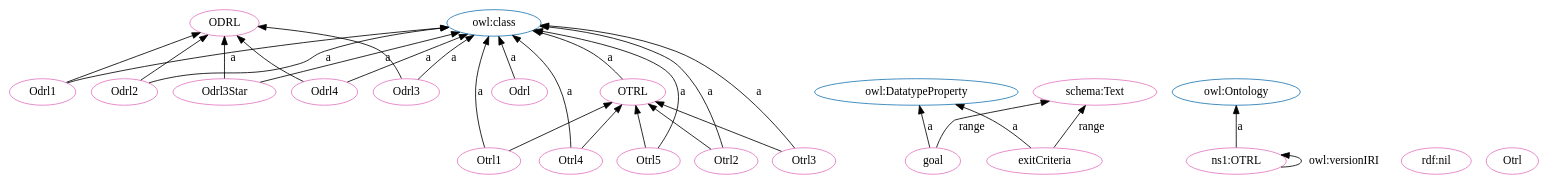
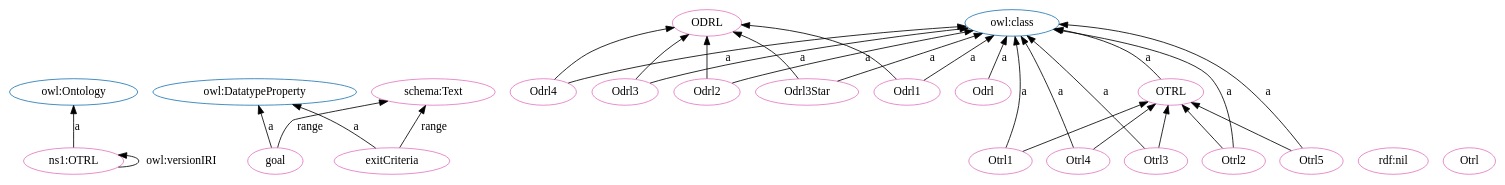
One commit to OPEN-NEXT/OKH-LOSH changed the diagram in OTRL.dot. Above: the diagram before and after it, drawn with Graphviz. The commit also changed other lines of this file and 15 other files, not shown here.

```diff
--- a/OTRL.dot
+++ b/OTRL.dot
@@ -1,56 +1,56 @@
 digraph G {
   rankdir=BT
   node[height=.3]
+"http://www.w3.org/2002/07/owl#Ontology" [fillcolor="#1f77b4" color="#1f77b4" label="owl:Ontology"]
+"http://www.w3.org/2002/07/owl#DatatypeProperty" [fillcolor="#1f77b4" color="#1f77b4" label="owl:DatatypeProperty"]
+"http://purl.org/oseg/ontologies/OTRL#OTRL" [fillcolor="#1f77b4" color="#1f77b4" label="OTRL"]
 "http://purl.org/oseg/ontologies/OTRL#ODRL" [fillcolor="#1f77b4" color="#1f77b4" label="ODRL"]
-"http://purl.org/oseg/ontologies/OTRL#OTRL" [fillcolor="#1f77b4" color="#1f77b4" label="OTRL"]
-"http://www.w3.org/2002/07/owl#DatatypeProperty" [fillcolor="#1f77b4" color="#1f77b4" label="owl:DatatypeProperty"]
-"http://www.w3.org/2002/07/owl#Ontology" [fillcolor="#1f77b4" color="#1f77b4" label="owl:Ontology"]
 "http://www.w3.org/2002/07/owl#class" [fillcolor="#1f77b4" color="#1f77b4" label="owl:class"]
+"http://purl.org/oseg/ontologies/OTRL#ODRL" [fillcolor="#e377c2" color="#e377c2" label="ODRL"]
+"http://purl.org/oseg/ontologies/OTRL#OTRL" [fillcolor="#e377c2" color="#e377c2" label="OTRL"]
+"http://purl.org/oseg/ontologies/OTRL#Odrl1" [fillcolor="#e377c2" color="#e377c2" label="Odrl1"]
+"http://purl.org/oseg/ontologies/OTRL#Odrl3Star" [fillcolor="#e377c2" color="#e377c2" label="Odrl3Star"]
+"http://www.w3.org/1999/02/22-rdf-syntax-ns#nil" [fillcolor="#e377c2" color="#e377c2" label="rdf:nil"]
+"http://schema.org/Text" [fillcolor="#e377c2" color="#e377c2" label="schema:Text"]
+"http://purl.org/oseg/ontologies/OTRL#Otrl4" [fillcolor="#e377c2" color="#e377c2" label="Otrl4"]
+"http://purl.org/oseg/ontologies/OTRL" [fillcolor="#e377c2" color="#e377c2" label="ns1:OTRL"]
+"http://purl.org/oseg/ontologies/OTRL#Otrl2" [fillcolor="#e377c2" color="#e377c2" label="Otrl2"]
+"http://purl.org/oseg/ontologies/OTRL#Otrl" [fillcolor="#e377c2" color="#e377c2" label="Otrl"]
+"http://purl.org/oseg/ontologies/OTRL#Odrl3" [fillcolor="#e377c2" color="#e377c2" label="Odrl3"]
 "http://purl.org/oseg/ontologies/OTRL#Odrl4" [fillcolor="#e377c2" color="#e377c2" label="Odrl4"]
-"http://purl.org/oseg/ontologies/OTRL" [fillcolor="#e377c2" color="#e377c2" label="ns1:OTRL"]
-"http://purl.org/oseg/ontologies/OTRL#OTRL" [fillcolor="#e377c2" color="#e377c2" label="OTRL"]
-"http://purl.org/oseg/ontologies/OTRL#ODRL" [fillcolor="#e377c2" color="#e377c2" label="ODRL"]
-"http://purl.org/oseg/ontologies/OTRL#Otrl3" [fillcolor="#e377c2" color="#e377c2" label="Otrl3"]
-"http://schema.org/Text" [fillcolor="#e377c2" color="#e377c2" label="schema:Text"]
-"http://www.w3.org/1999/02/22-rdf-syntax-ns#nil" [fillcolor="#e377c2" color="#e377c2" label="rdf:nil"]
-"http://purl.org/oseg/ontologies/OTRL#Otrl" [fillcolor="#e377c2" color="#e377c2" label="Otrl"]
-"http://purl.org/oseg/ontologies/OTRL#Otrl5" [fillcolor="#e377c2" color="#e377c2" label="Otrl5"]
-"http://purl.org/oseg/ontologies/OTRL#Odrl3" [fillcolor="#e377c2" color="#e377c2" label="Odrl3"]
 "http://purl.org/oseg/ontologies/OTRL#goal" [fillcolor="#e377c2" color="#e377c2" label="goal"]
 "http://purl.org/oseg/ontologies/OTRL#Odrl" [fillcolor="#e377c2" color="#e377c2" label="Odrl"]
 "http://purl.org/oseg/ontologies/OTRL#Otrl1" [fillcolor="#e377c2" color="#e377c2" label="Otrl1"]
-"http://purl.org/oseg/ontologies/OTRL#Otrl2" [fillcolor="#e377c2" color="#e377c2" label="Otrl2"]
-"http://purl.org/oseg/ontologies/OTRL#Odrl3Star" [fillcolor="#e377c2" color="#e377c2" label="Odrl3Star"]
+"http://purl.org/oseg/ontologies/OTRL#Odrl2" [fillcolor="#e377c2" color="#e377c2" label="Odrl2"]
+"http://purl.org/oseg/ontologies/OTRL#Otrl3" [fillcolor="#e377c2" color="#e377c2" label="Otrl3"]
 "http://purl.org/oseg/ontologies/OTRL#exitCriteria" [fillcolor="#e377c2" color="#e377c2" label="exitCriteria"]
-"http://purl.org/oseg/ontologies/OTRL#Odrl2" [fillcolor="#e377c2" color="#e377c2" label="Odrl2"]
-"http://purl.org/oseg/ontologies/OTRL#Otrl4" [fillcolor="#e377c2" color="#e377c2" label="Otrl4"]
-"http://purl.org/oseg/ontologies/OTRL#Odrl1" [fillcolor="#e377c2" color="#e377c2" label="Odrl1"]
+"http://purl.org/oseg/ontologies/OTRL#Otrl5" [fillcolor="#e377c2" color="#e377c2" label="Otrl5"]
+  "http://purl.org/oseg/ontologies/OTRL#Odrl1" -> "http://www.w3.org/2002/07/owl#class" [label="a"]
+  "http://purl.org/oseg/ontologies/OTRL#Odrl3Star" -> "http://www.w3.org/2002/07/owl#class" [label="a"]
+  "http://purl.org/oseg/ontologies/OTRL#Otrl3" -> "http://purl.org/oseg/ontologies/OTRL#OTRL" [label=""]
+  "http://purl.org/oseg/ontologies/OTRL#exitCriteria" -> "http://schema.org/Text" [label="range"]
+  "http://purl.org/oseg/ontologies/OTRL#Otrl4" -> "http://www.w3.org/2002/07/owl#class" [label="a"]
+  "http://purl.org/oseg/ontologies/OTRL#Otrl5" -> "http://purl.org/oseg/ontologies/OTRL#OTRL" [label=""]
+  "http://purl.org/oseg/ontologies/OTRL#Otrl2" -> "http://www.w3.org/2002/07/owl#class" [label="a"]
+  "http://purl.org/oseg/ontologies/OTRL#OTRL" -> "http://www.w3.org/2002/07/owl#class" [label="a"]
+  "http://purl.org/oseg/ontologies/OTRL#Odrl3" -> "http://www.w3.org/2002/07/owl#class" [label="a"]
+  "http://purl.org/oseg/ontologies/OTRL#Odrl4" -> "http://www.w3.org/2002/07/owl#class" [label="a"]
+  "http://purl.org/oseg/ontologies/OTRL#Otrl1" -> "http://www.w3.org/2002/07/owl#class" [label="a"]
+  "http://purl.org/oseg/ontologies/OTRL#goal" -> "http://schema.org/Text" [label="range"]
+  "http://purl.org/oseg/ontologies/OTRL#Odrl3Star" -> "http://purl.org/oseg/ontologies/OTRL#ODRL" [label=""]
+  "http://purl.org/oseg/ontologies/OTRL#Odrl2" -> "http://www.w3.org/2002/07/owl#class" [label="a"]
+  "http://purl.org/oseg/ontologies/OTRL#Odrl3" -> "http://purl.org/oseg/ontologies/OTRL#ODRL" [label=""]
+  "http://purl.org/oseg/ontologies/OTRL#Otrl4" -> "http://purl.org/oseg/ontologies/OTRL#OTRL" [label=""]
+  "http://purl.org/oseg/ontologies/OTRL#Odrl4" -> "http://purl.org/oseg/ontologies/OTRL#ODRL" [label=""]
+  "http://purl.org/oseg/ontologies/OTRL#Odrl2" -> "http://purl.org/oseg/ontologies/OTRL#ODRL" [label=""]
+  "http://purl.org/oseg/ontologies/OTRL#Odrl1" -> "http://purl.org/oseg/ontologies/OTRL#ODRL" [label=""]
+  "http://purl.org/oseg/ontologies/OTRL" -> "http://purl.org/oseg/ontologies/OTRL" [label="owl:versionIRI"]
   "http://purl.org/oseg/ontologies/OTRL" -> "http://www.w3.org/2002/07/owl#Ontology" [label="a"]
-  "http://purl.org/oseg/ontologies/OTRL#OTRL" -> "http://www.w3.org/2002/07/owl#class" [label="a"]
-  "http://purl.org/oseg/ontologies/OTRL#Odrl2" -> "http://purl.org/oseg/ontologies/OTRL#ODRL" [label=""]
+  "http://purl.org/oseg/ontologies/OTRL#goal" -> "http://www.w3.org/2002/07/owl#DatatypeProperty" [label="a"]
   "http://purl.org/oseg/ontologies/OTRL#Otrl2" -> "http://purl.org/oseg/ontologies/OTRL#OTRL" [label=""]
-  "http://purl.org/oseg/ontologies/OTRL#Otrl3" -> "http://purl.org/oseg/ontologies/OTRL#OTRL" [label=""]
+  "http://purl.org/oseg/ontologies/OTRL#Odrl" -> "http://www.w3.org/2002/07/owl#class" [label="a"]
+  "http://purl.org/oseg/ontologies/OTRL#Otrl3" -> "http://www.w3.org/2002/07/owl#class" [label="a"]
+  "http://purl.org/oseg/ontologies/OTRL#exitCriteria" -> "http://www.w3.org/2002/07/owl#DatatypeProperty" [label="a"]
+  "http://purl.org/oseg/ontologies/OTRL#Otrl5" -> "http://www.w3.org/2002/07/owl#class" [label="a"]
   "http://purl.org/oseg/ontologies/OTRL#Otrl1" -> "http://purl.org/oseg/ontologies/OTRL#OTRL" [label=""]
-  "http://purl.org/oseg/ontologies/OTRL#Otrl5" -> "http://www.w3.org/2002/07/owl#class" [label="a"]
-  "http://purl.org/oseg/ontologies/OTRL#Odrl3" -> "http://purl.org/oseg/ontologies/OTRL#ODRL" [label=""]
-  "http://purl.org/oseg/ontologies/OTRL" -> "http://purl.org/oseg/ontologies/OTRL" [label="owl:versionIRI"]
-  "http://purl.org/oseg/ontologies/OTRL#Odrl4" -> "http://purl.org/oseg/ontologies/OTRL#ODRL" [label=""]
-  "http://purl.org/oseg/ontologies/OTRL#Odrl3" -> "http://www.w3.org/2002/07/owl#class" [label="a"]
-  "http://purl.org/oseg/ontologies/OTRL#Odrl2" -> "http://www.w3.org/2002/07/owl#class" [label="a"]
-  "http://purl.org/oseg/ontologies/OTRL#Otrl4" -> "http://www.w3.org/2002/07/owl#class" [label="a"]
-  "http://purl.org/oseg/ontologies/OTRL#Odrl1" -> "http://purl.org/oseg/ontologies/OTRL#ODRL" [label=""]
-  "http://purl.org/oseg/ontologies/OTRL#Odrl1" -> "http://www.w3.org/2002/07/owl#class" [label="a"]
-  "http://purl.org/oseg/ontologies/OTRL#Odrl4" -> "http://www.w3.org/2002/07/owl#class" [label="a"]
-  "http://purl.org/oseg/ontologies/OTRL#Odrl3Star" -> "http://purl.org/oseg/ontologies/OTRL#ODRL" [label=""]
-  "http://purl.org/oseg/ontologies/OTRL#Otrl3" -> "http://www.w3.org/2002/07/owl#class" [label="a"]
-  "http://purl.org/oseg/ontologies/OTRL#Otrl5" -> "http://purl.org/oseg/ontologies/OTRL#OTRL" [label=""]
-  "http://purl.org/oseg/ontologies/OTRL#exitCriteria" -> "http://schema.org/Text" [label="range"]
-  "http://purl.org/oseg/ontologies/OTRL#goal" -> "http://schema.org/Text" [label="range"]
-  "http://purl.org/oseg/ontologies/OTRL#goal" -> "http://www.w3.org/2002/07/owl#DatatypeProperty" [label="a"]
-  "http://purl.org/oseg/ontologies/OTRL#Otrl4" -> "http://purl.org/oseg/ontologies/OTRL#OTRL" [label=""]
-  "http://purl.org/oseg/ontologies/OTRL#Otrl1" -> "http://www.w3.org/2002/07/owl#class" [label="a"]
-  "http://purl.org/oseg/ontologies/OTRL#Otrl2" -> "http://www.w3.org/2002/07/owl#class" [label="a"]
-  "http://purl.org/oseg/ontologies/OTRL#Odrl3Star" -> "http://www.w3.org/2002/07/owl#class" [label="a"]
-  "http://purl.org/oseg/ontologies/OTRL#Odrl" -> "http://www.w3.org/2002/07/owl#class" [label="a"]
-  "http://purl.org/oseg/ontologies/OTRL#exitCriteria" -> "http://www.w3.org/2002/07/owl#DatatypeProperty" [label="a"]
 }
```
